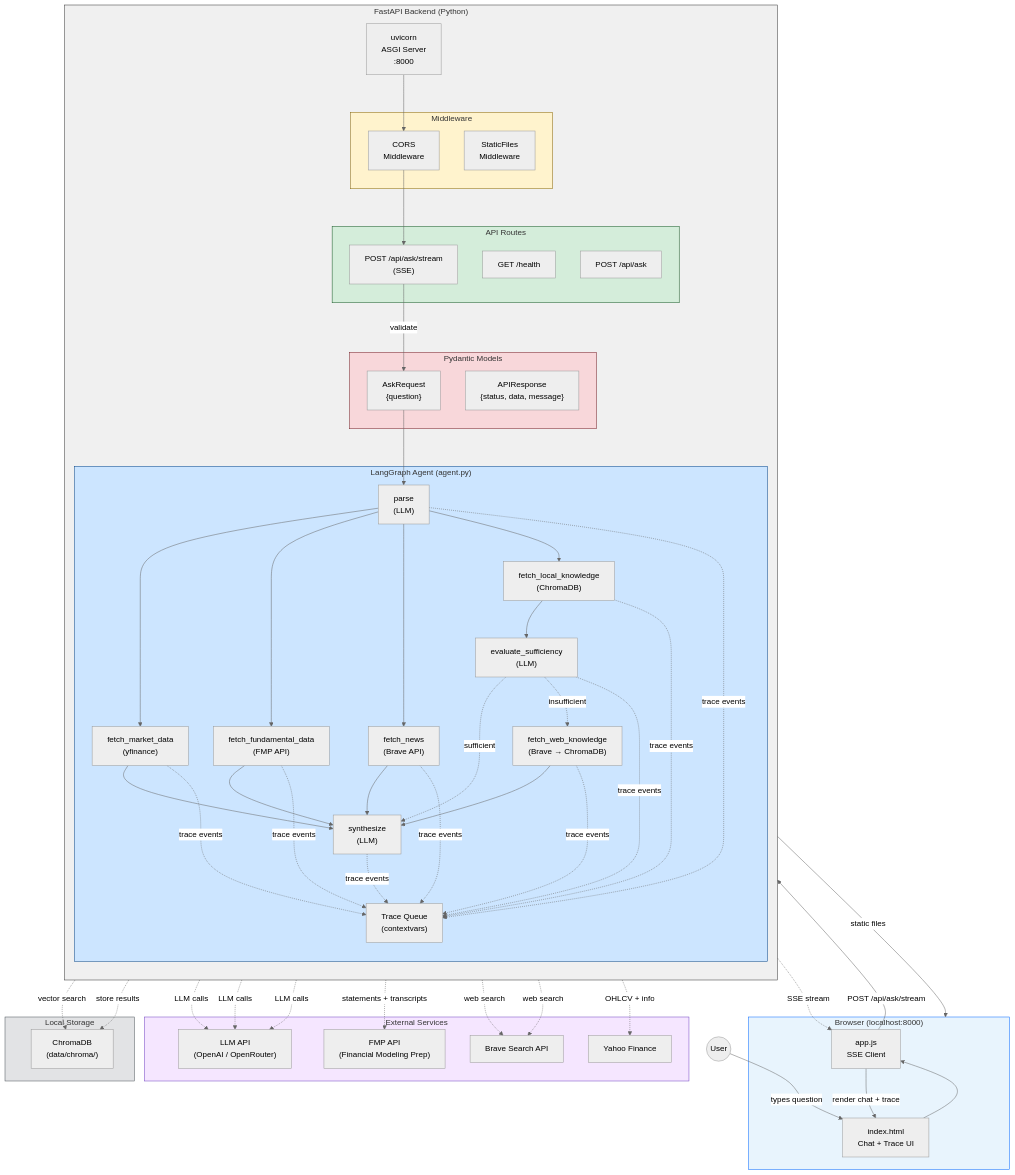
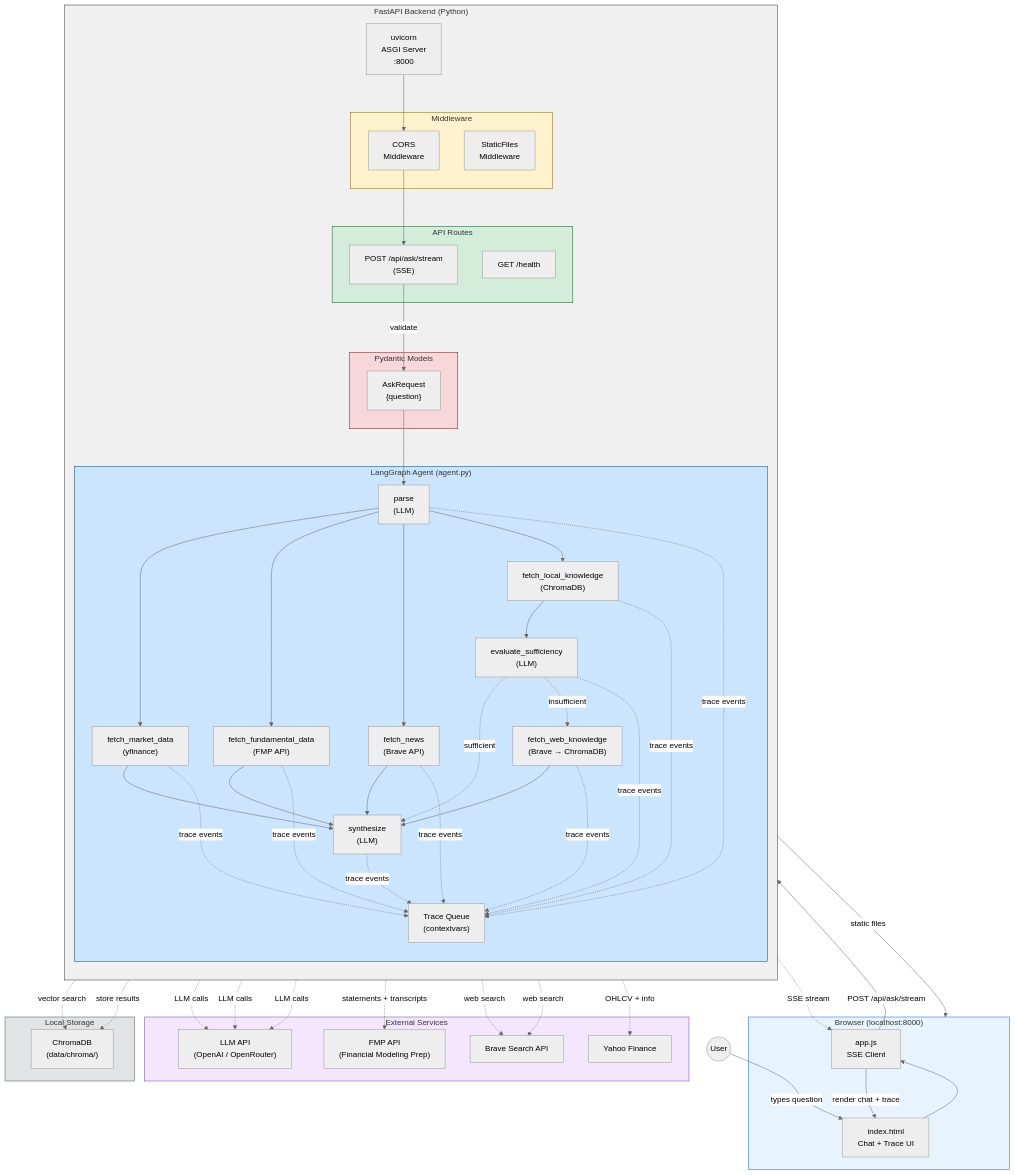
Before and after one commit to KevinYum/financial-qa-agent: the diagram in README.md, drawn with Mermaid (neutral theme). The commit also changed other lines of this file and 10 other files, not shown here.

```diff
--- a/README.md
+++ b/README.md
@@ -46,13 +46,11 @@
 
         subgraph Routes["API Routes"]
             HEALTH["GET /health"]
-            ASK["POST /api/ask"]
             STREAM["POST /api/ask/stream\n(SSE)"]
         end
 
         subgraph Models["Pydantic Models"]
             REQ["AskRequest\n{question}"]
-            RES["APIResponse\n{status, data, message}"]
         end
 
         subgraph AgentCore["LangGraph Agent (agent.py)"]
```
